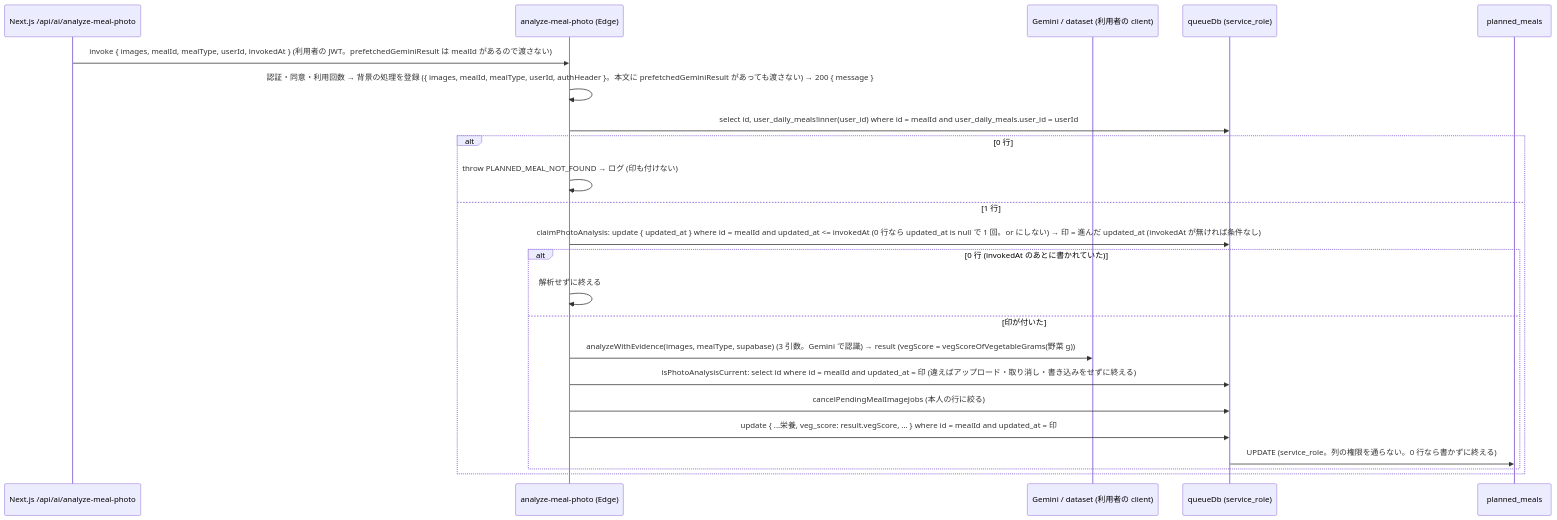
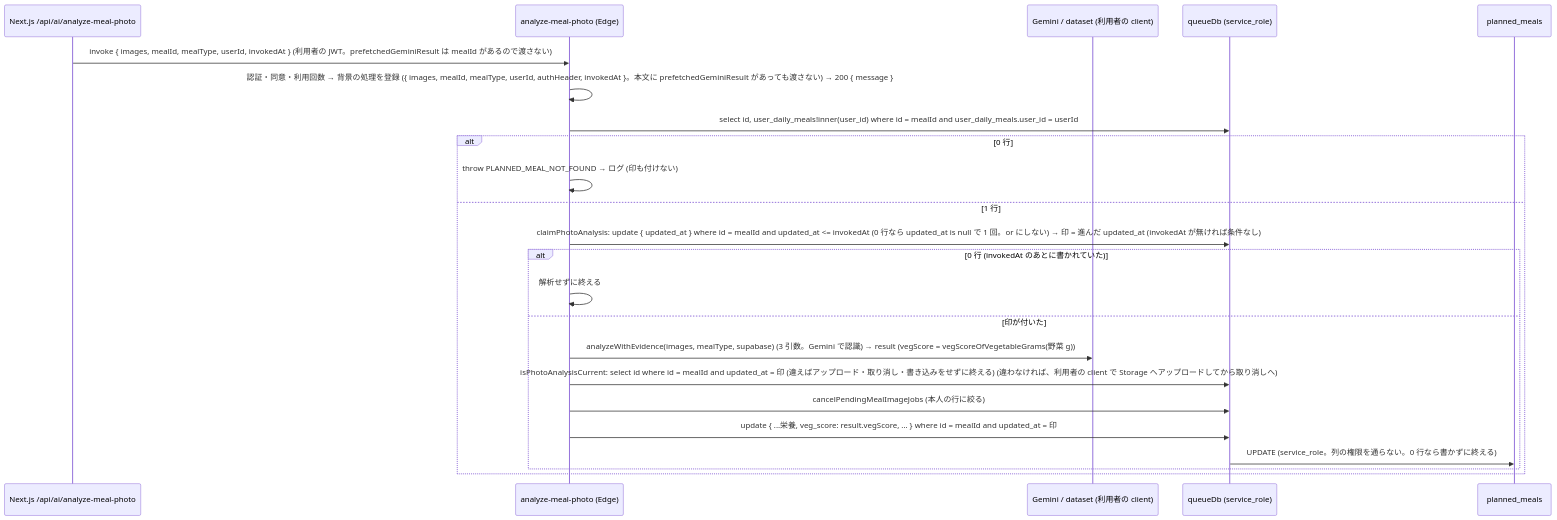
One commit to DaisukeHori/homegohan-app changed the third of 4 diagrams in docs/design/cross/23-planned-meals-score-integrity.md. Above: the diagram before and after it, drawn with Mermaid. The commit also changed other lines of this file, not shown here.

Commit message:
docs(design): cross/23 §11.3 と S-26 の背景の処理の引数に invokedAt を足し、アップロードの位置を図の注に書く

````diff
--- a/docs/design/cross/23-planned-meals-score-integrity.md
+++ b/docs/design/cross/23-planned-meals-score-integrity.md
@@ -2508,25 +2508,25 @@
 ```mermaid
 sequenceDiagram
   participant A as Next.js /api/ai/analyze-meal-photo
   participant E as analyze-meal-photo (Edge)
   participant G as Gemini / dataset (利用者の client)
   participant W as queueDb (service_role)
   participant T as planned_meals
   A->>E: invoke { images, mealId, mealType, userId, invokedAt } (利用者の JWT。prefetchedGeminiResult は mealId があるので渡さない)
-  E->>E: 認証・同意・利用回数 → 背景の処理を登録 ({ images, mealId, mealType, userId, authHeader }。本文に prefetchedGeminiResult があっても渡さない) → 200 { message }
+  E->>E: 認証・同意・利用回数 → 背景の処理を登録 ({ images, mealId, mealType, userId, authHeader, invokedAt }。本文に prefetchedGeminiResult があっても渡さない) → 200 { message }
   E->>W: select id, user_daily_meals!inner(user_id) where id = mealId and user_daily_meals.user_id = userId
   alt 0 行
     E->>E: throw PLANNED_MEAL_NOT_FOUND → ログ (印も付けない)
   else 1 行
     E->>W: claimPhotoAnalysis: update { updated_at } where id = mealId and updated_at <= invokedAt (0 行なら updated_at is null で 1 回。or にしない) → 印 = 進んだ updated_at (invokedAt が無ければ条件なし)
     alt 0 行 (invokedAt のあとに書かれていた)
       E->>E: 解析せずに終える
     else 印が付いた
       E->>G: analyzeWithEvidence(images, mealType, supabase) (3 引数。Gemini で認識) → result (vegScore = vegScoreOfVegetableGrams(野菜 g))
-      E->>W: isPhotoAnalysisCurrent: select id where id = mealId and updated_at = 印 (違えばアップロード・取り消し・書き込みをせずに終える)
+      E->>W: isPhotoAnalysisCurrent: select id where id = mealId and updated_at = 印 (違えばアップロード・取り消し・書き込みをせずに終える) (違わなければ、利用者の client で Storage へアップロードしてから取り消しへ)
       E->>W: cancelPendingMealImageJobs (本人の行に絞る)
       E->>W: update { ...栄養, veg_score: result.vegScore, ... } where id = mealId and updated_at = 印
       W->>T: UPDATE (service_role。列の権限を通らない。0 行なら書かずに終える)
     end
   end
 ```
````
